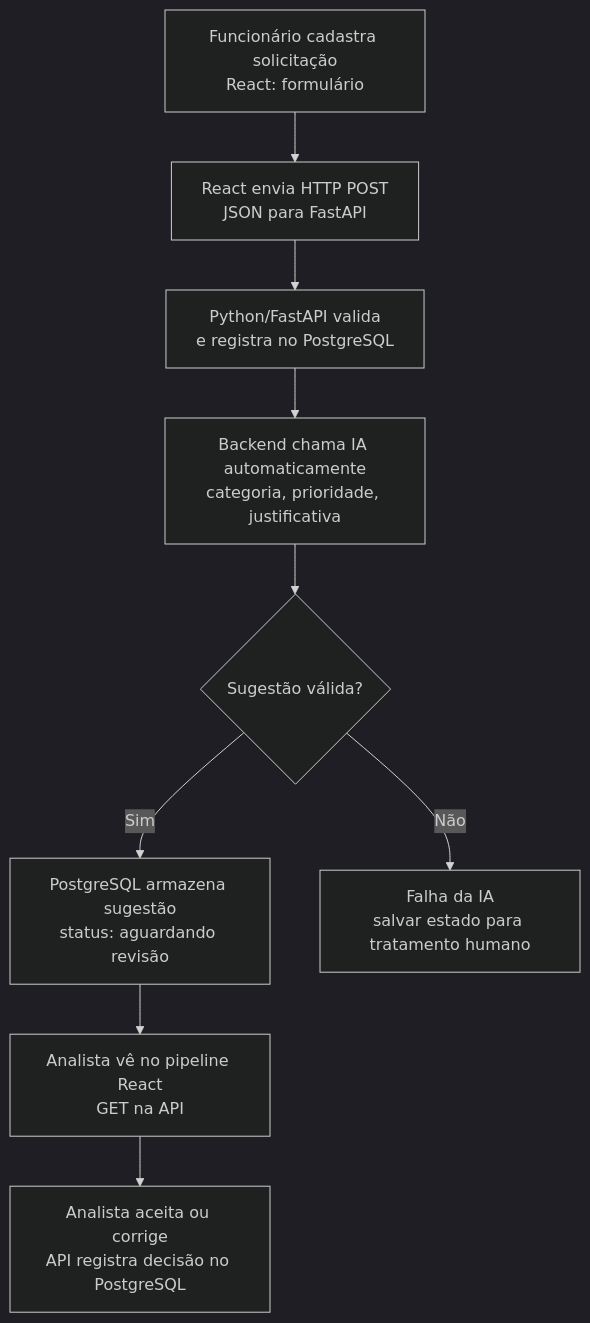
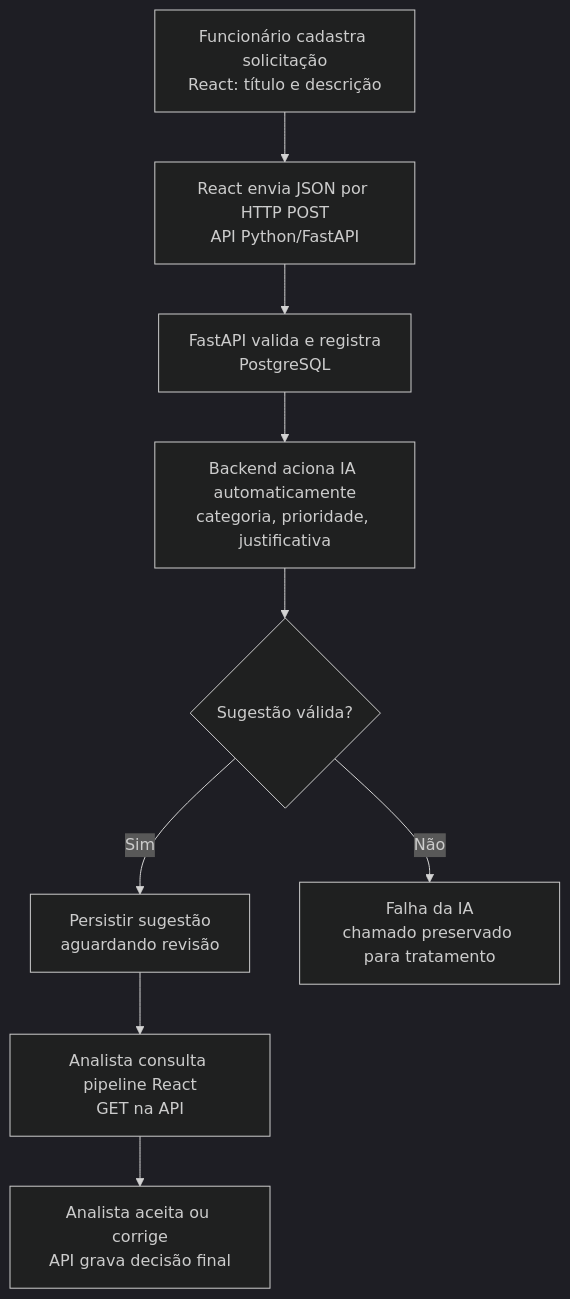
One commit to waldirevora/ai-request-classifier changed the diagram in docs/PLANO_DE_ESTUDOS_E_DICAS.md. Above: the diagram before and after it, drawn with Mermaid (dark theme). The commit also changed other lines of this file, not shown here.

````diff
--- a/docs/PLANO_DE_ESTUDOS_E_DICAS.md
+++ b/docs/PLANO_DE_ESTUDOS_E_DICAS.md
@@ -14,15 +14,15 @@
 ```mermaid
 flowchart TD
-    A["Funcionário cadastra solicitação<br/>React: formulário"]
-    B["React envia HTTP POST<br/>JSON para FastAPI"]
-    C["Python/FastAPI valida<br/>e registra no PostgreSQL"]
-    D["Backend chama IA automaticamente<br/>categoria, prioridade, justificativa"]
+    A["Funcionário cadastra solicitação<br/>React: título e descrição"]
+    B["React envia JSON por HTTP POST<br/>API Python/FastAPI"]
+    C["FastAPI valida e registra<br/>PostgreSQL"]
+    D["Backend aciona IA automaticamente<br/>categoria, prioridade, justificativa"]
     E{"Sugestão válida?"}
-    F["PostgreSQL armazena sugestão<br/>status: aguardando revisão"]
-    G["Analista vê no pipeline React<br/>GET na API"]
-    H["Analista aceita ou corrige<br/>API registra decisão no PostgreSQL"]
-    I["Falha da IA<br/>salvar estado para tratamento humano"]
+    F["Persistir sugestão<br/>aguardando revisão"]
+    G["Analista consulta pipeline React<br/>GET na API"]
+    H["Analista aceita ou corrige<br/>API grava decisão final"]
+    I["Falha da IA<br/>chamado preservado para tratamento"]
     A --> B --> C --> D --> E
     E -->|Sim| F --> G --> H
     E -->|Não| I
 ```
````
